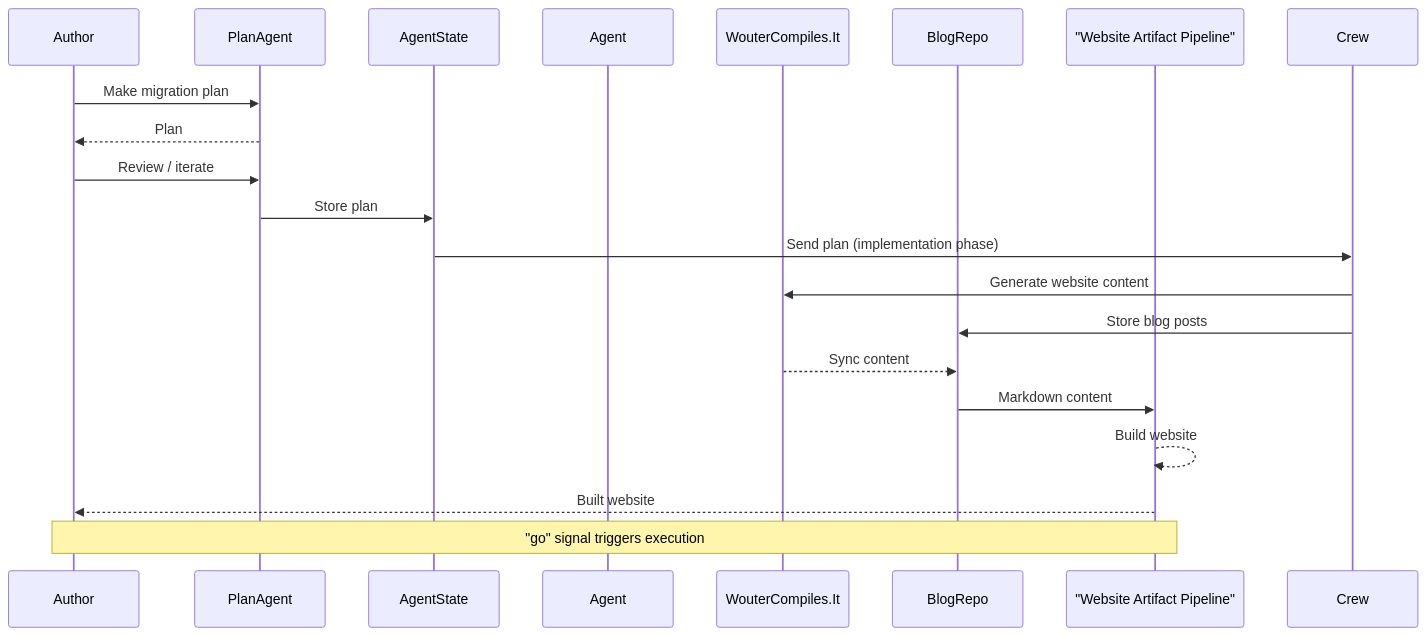
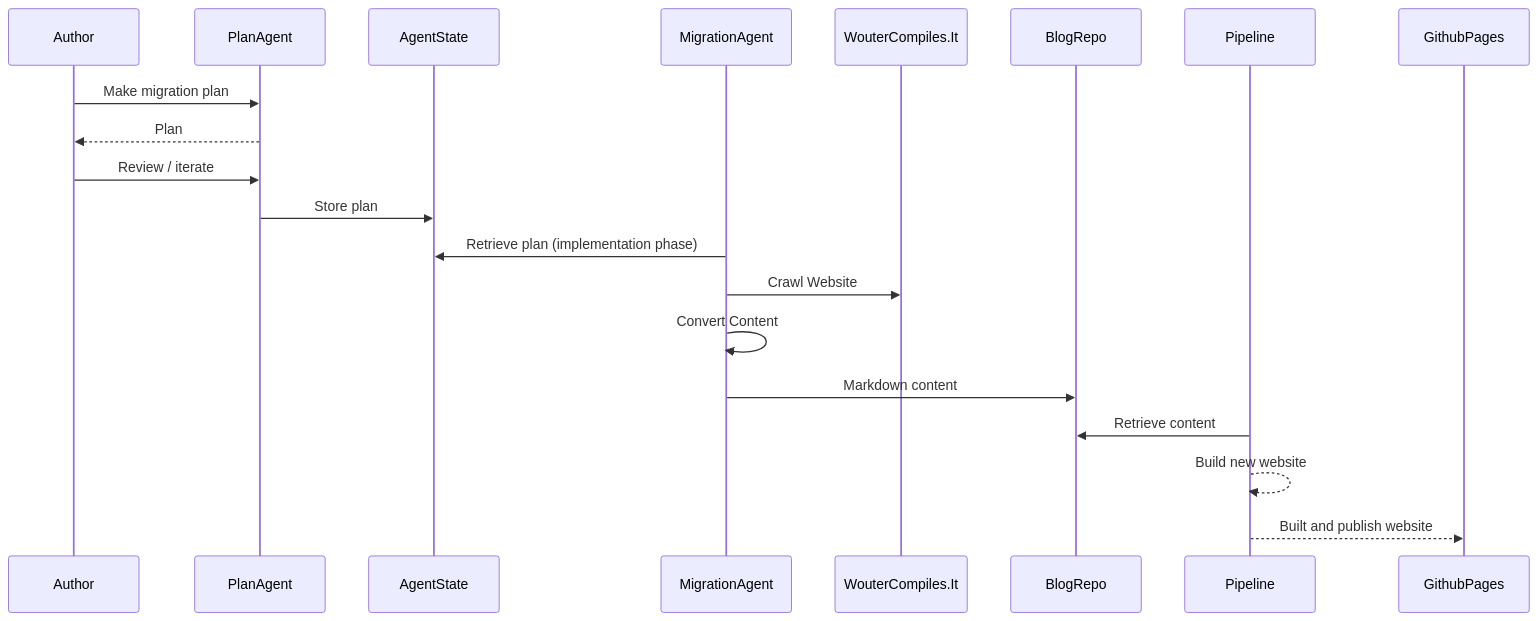
The diagram in _posts/2026-03-29-migrate-your-blog-towards-github-pages.md (wouterfennis/blog), drawn with Mermaid before and after one commit. The commit also changed other lines of this file, not shown here.

Commit message:
feat: enhance migration diagram for GitHub Copilot integration

````diff
--- a/_posts/2026-03-29-migrate-your-blog-towards-github-pages.md
+++ b/_posts/2026-03-29-migrate-your-blog-towards-github-pages.md
@@ -33,29 +35,28 @@
 ```mermaid
 sequenceDiagram
     participant Author
     participant PlanAgent
     participant AgentState
-    participant Agent
+    participant MigrationAgent
     participant WouterCompiles.It
     participant BlogRepo
-    participant Pipeline as "Website Artifact Pipeline"
+    participant Pipeline
+    participant GithubPages
+
 
     Author->>PlanAgent: Make migration plan
     PlanAgent-->>Author: Plan
     Author->>PlanAgent: Review / iterate
 
     PlanAgent->>AgentState: Store plan
-    AgentState->>Crew: Send plan (implementation phase)
+    MigrationAgent->>AgentState: Retrieve plan (implementation phase)
 
-    Crew->>WouterCompiles.It: Generate website content
-    Crew->>BlogRepo: Store blog posts
+    MigrationAgent->>WouterCompiles.It: Crawl Website
+    MigrationAgent->>MigrationAgent: Convert Content
 
-    WouterCompiles.It-->>BlogRepo: Sync content
+    MigrationAgent->>BlogRepo: Markdown content
+    Pipeline->>BlogRepo: Retrieve content
+    Pipeline-->>Pipeline: Build new website
 
-    BlogRepo->>Pipeline: Markdown content
-    Pipeline-->>Pipeline: Build website
-
-    Pipeline-->>Author: Built website
-
-    Note over Author,Pipeline: "go" signal triggers execution
+    Pipeline-->>GithubPages: Built and publish website
 ```
````
